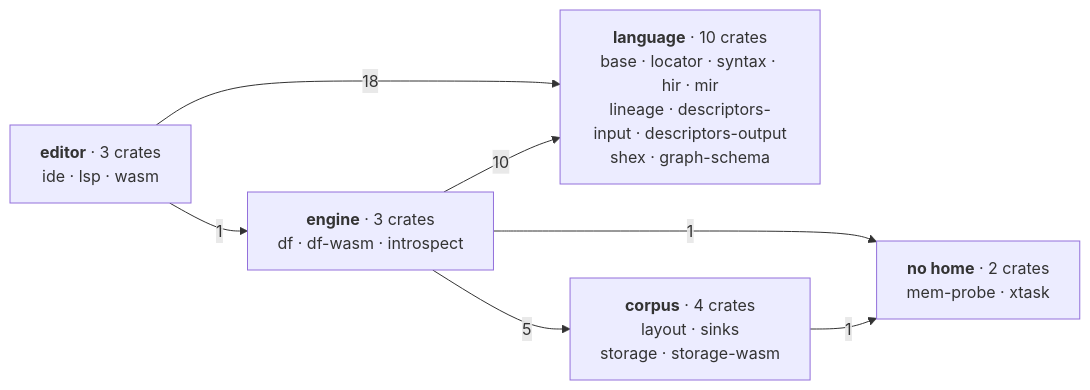
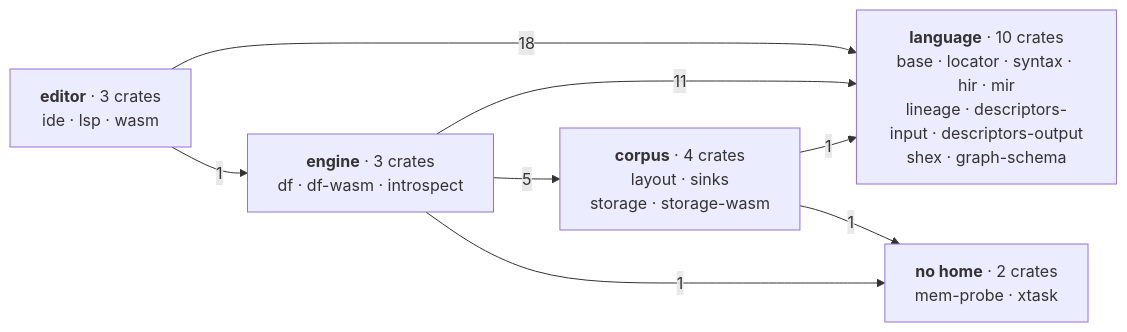
Before and after one commit to Kanzo-Tech/fossil-lang: the first of 3 diagrams in docs/content/docs/(root)/architecture.mdx, drawn with Mermaid. The commit also changed other lines of this file and 17 other files, not shown here.

````diff
--- a/docs/content/docs/(root)/architecture.mdx
+++ b/docs/content/docs/(root)/architecture.mdx
@@ -110,15 +110,16 @@
 ```mermaid
 graph LR
   L["<b>language</b> · 10 crates<br/>base · locator · syntax · hir · mir<br/>lineage · descriptors-input · descriptors-output<br/>shex · graph-schema"]
   E["<b>editor</b> · 3 crates<br/>ide · lsp · wasm"]
   M["<b>engine</b> · 3 crates<br/>df · df-wasm · introspect"]
   C["<b>corpus</b> · 4 crates<br/>layout · sinks<br/>storage · storage-wasm"]
   X["<b>no home</b> · 2 crates<br/>mem-probe · xtask"]
 
   E -->|18| L
   E -->|1| M
-  M -->|10| L
+  M -->|11| L
   M -->|5| C
   M -->|1| X
+  C -->|1| L
   C -->|1| X
 ```
````
